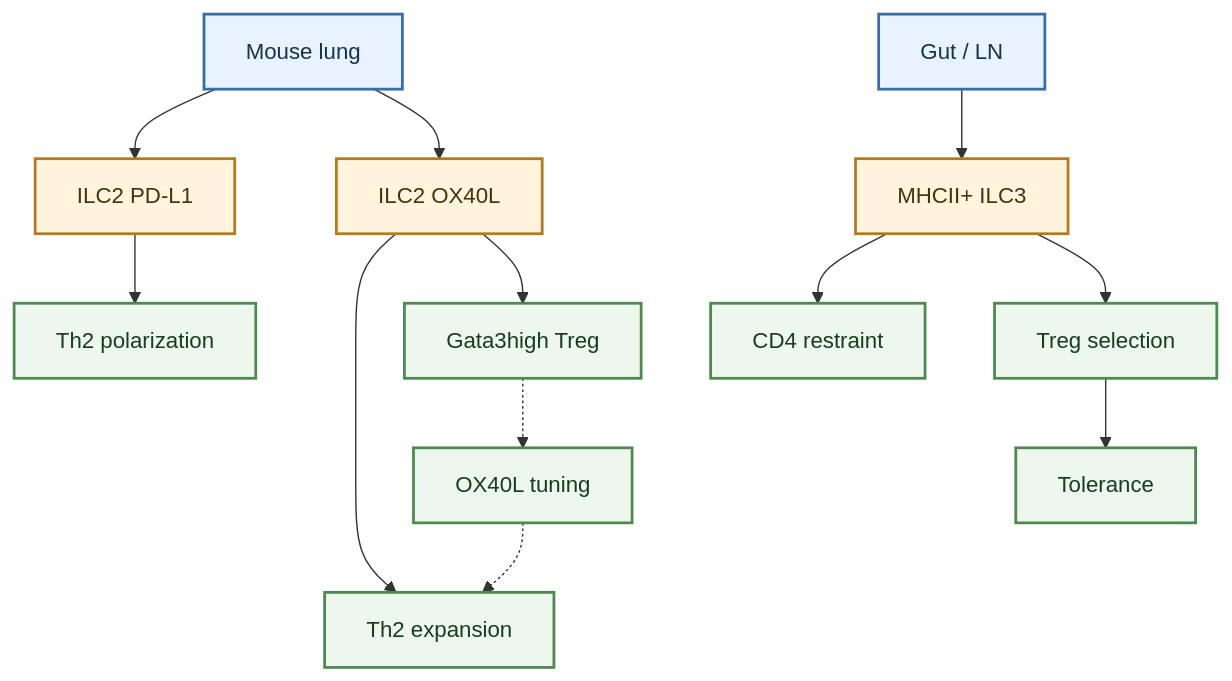
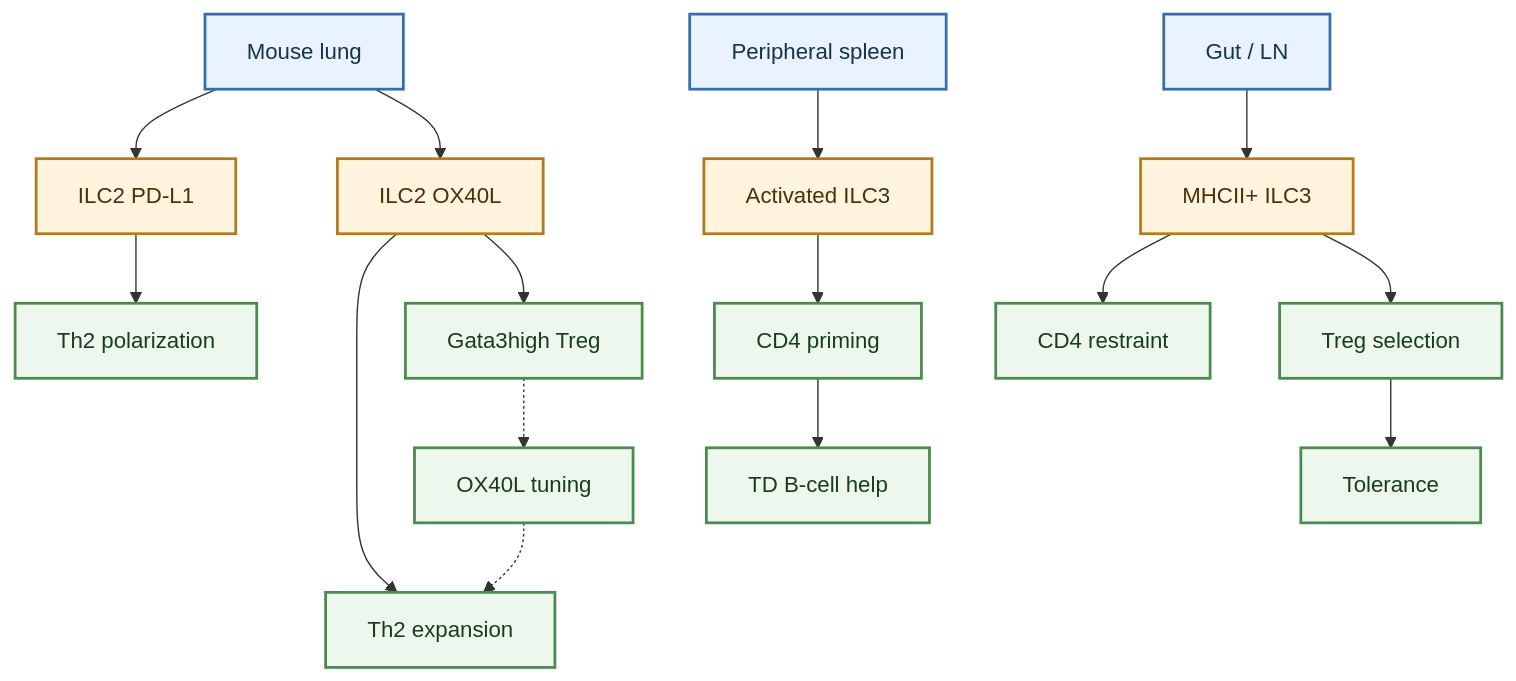
One commit to shao1116/ILC-Wiki changed the first of 2 diagrams in wiki/topics/ILC_regulation_of_adaptive_immunity.md. Above: the diagram before and after it, drawn with Mermaid. The commit also changed other lines of this file and 14 other files, not shown here.

````diff
--- a/wiki/topics/ILC_regulation_of_adaptive_immunity.md
+++ b/wiki/topics/ILC_regulation_of_adaptive_immunity.md
@@ -114,24 +116,27 @@
 ```mermaid
 flowchart TB
     accTitle: ILC Adaptive Immunity T Cell Map
     accDescr: Compact map of lung ILC2 costimulation and gut ILC3 T-cell tolerance mechanisms.
 
     lung["Mouse lung"] --> pdl1["ILC2 PD-L1"]
     lung --> ilc2["ILC2 OX40L"]
     pdl1 --> th2_pol["Th2 polarization"]
     ilc2 --> th2["Th2 expansion"]
     ilc2 --> treg_lung["Gata3high Treg"]
     treg_lung -.-> ox40l_tune["OX40L tuning"]
     ox40l_tune -.-> th2
+    spleen["Peripheral spleen"] --> act_ilc3["Activated ILC3"]
+    act_ilc3 --> priming["CD4 priming"]
+    priming --> td_bcell["TD B-cell help"]
     gut["Gut / LN"] --> ilc3_mhcii["MHCII+ ILC3"]
     ilc3_mhcii --> cd4["CD4 restraint"]
     ilc3_mhcii --> treg_gut["Treg selection"]
     treg_gut --> tolerance["Tolerance"]
 
     classDef tissue fill:#e8f3ff,stroke:#3b6ea8,stroke-width:2px,color:#17324d
     classDef ilc fill:#fff4de,stroke:#b47a1f,stroke-width:2px,color:#4a3108
     classDef adaptive fill:#eef7ed,stroke:#4d8a50,stroke-width:2px,color:#173d1d
-    class lung,gut tissue
-    class pdl1,ilc2,ilc3_mhcii ilc
-    class th2_pol,th2,treg_lung,ox40l_tune,cd4,treg_gut,tolerance adaptive
+    class lung,gut,spleen tissue
+    class pdl1,ilc2,ilc3_mhcii,act_ilc3 ilc
+    class th2_pol,th2,treg_lung,ox40l_tune,cd4,treg_gut,tolerance,priming,td_bcell adaptive
 ```
````
